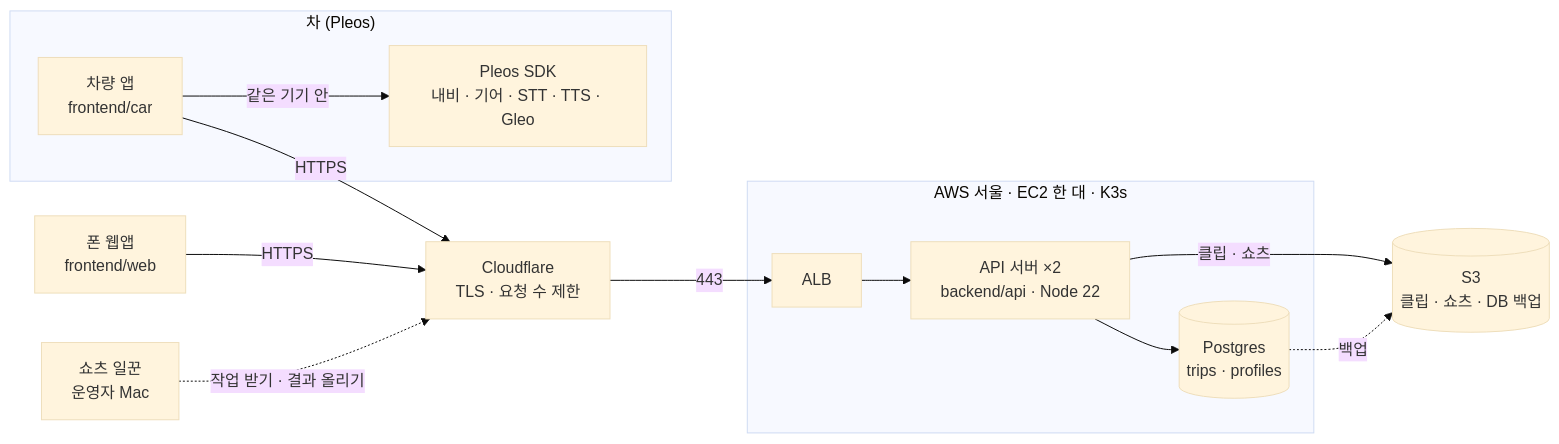
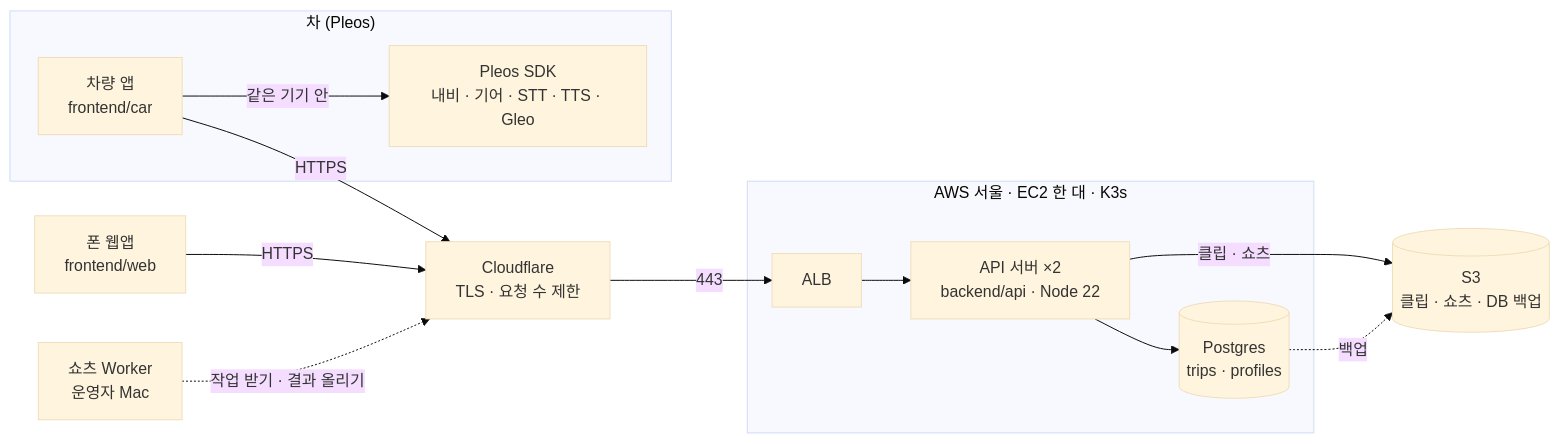
Before and after one commit to team-pitcrew/gachita: the second of 3 diagrams in README.md, drawn with Mermaid (base theme). The commit also changed other lines of this file, not shown here.

Commit message:
Rename '쇼츠 일꾼' to '쇼츠 Worker' in README

````diff
--- a/README.md
+++ b/README.md
@@ -101,25 +101,25 @@
 ```mermaid
 flowchart LR
   subgraph car["차 (Pleos)"]
     app["차량 앱<br/>frontend/car"]
     pleos["Pleos SDK<br/>내비 · 기어 · STT · TTS · Gleo"]
   end
   phone["폰 웹앱<br/>frontend/web"]
   cf["Cloudflare<br/>TLS · 요청 수 제한"]
   subgraph aws["AWS 서울 · EC2 한 대 · K3s"]
     alb["ALB"]
     api["API 서버 ×2<br/>backend/api · Node 22"]
     pg[("Postgres<br/>trips · profiles")]
   end
   s3[("S3<br/>클립 · 쇼츠 · DB 백업")]
-  worker["쇼츠 일꾼<br/>운영자 Mac"]
+  worker["쇼츠 Worker<br/>운영자 Mac"]
 
   app -- "같은 기기 안" --> pleos
   app -- "HTTPS" --> cf
   phone -- "HTTPS" --> cf
   cf -- "443" --> alb --> api
   api --> pg
   api -- "클립 · 쇼츠" --> s3
   pg -. "백업" .-> s3
   worker -. "작업 받기 · 결과 올리기" .-> cf
 ```
````
